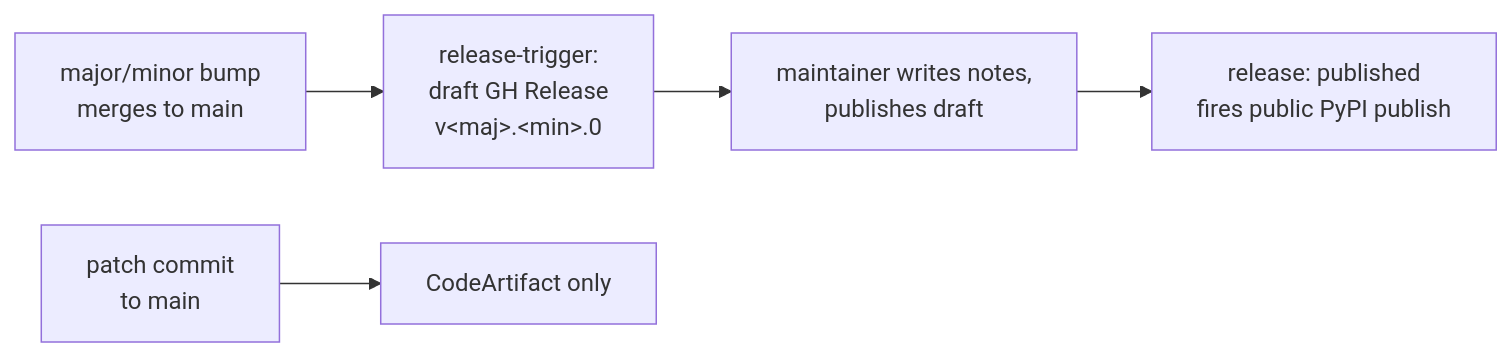
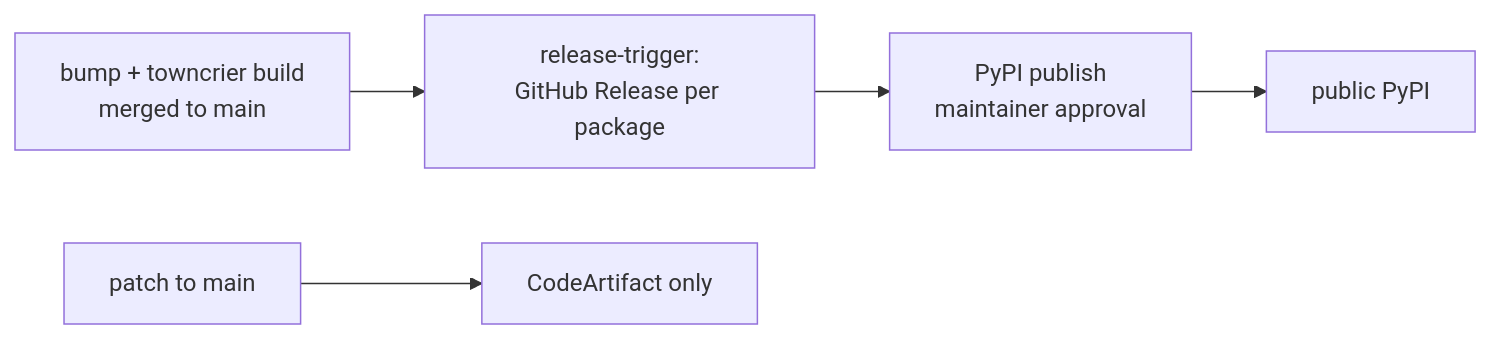
Before and after one commit to OvertureMaps/schema: the diagram in docs/versioning.md, drawn with Mermaid. The commit also changed other lines of this file and 18 other files, not shown here.

First line of the commit message:
[FEATURE](devops) Rework Phase 2.B: per-package releases + towncrier changelog

````diff
--- a/docs/versioning.md
+++ b/docs/versioning.md
@@ -74,7 +104,6 @@
 ```mermaid
 flowchart LR
-    A[major/minor bump<br/>merges to main] --> B[release-trigger:<br/>draft GH Release<br/>v&lt;maj&gt;.&lt;min&gt;.0]
-    B --> C[maintainer writes notes,<br/>publishes draft]
-    C --> D[release: published<br/>fires public PyPI publish]
-    E[patch commit<br/>to main] --> F[CodeArtifact only]
+    A[bump + towncrier build<br/>merged to main] --> B[release-trigger:<br/>GitHub Release per package]
+    B --> C[PyPI publish<br/>maintainer approval] --> D[public PyPI]
+    E[patch to main] --> F[CodeArtifact only]
 ```
````
